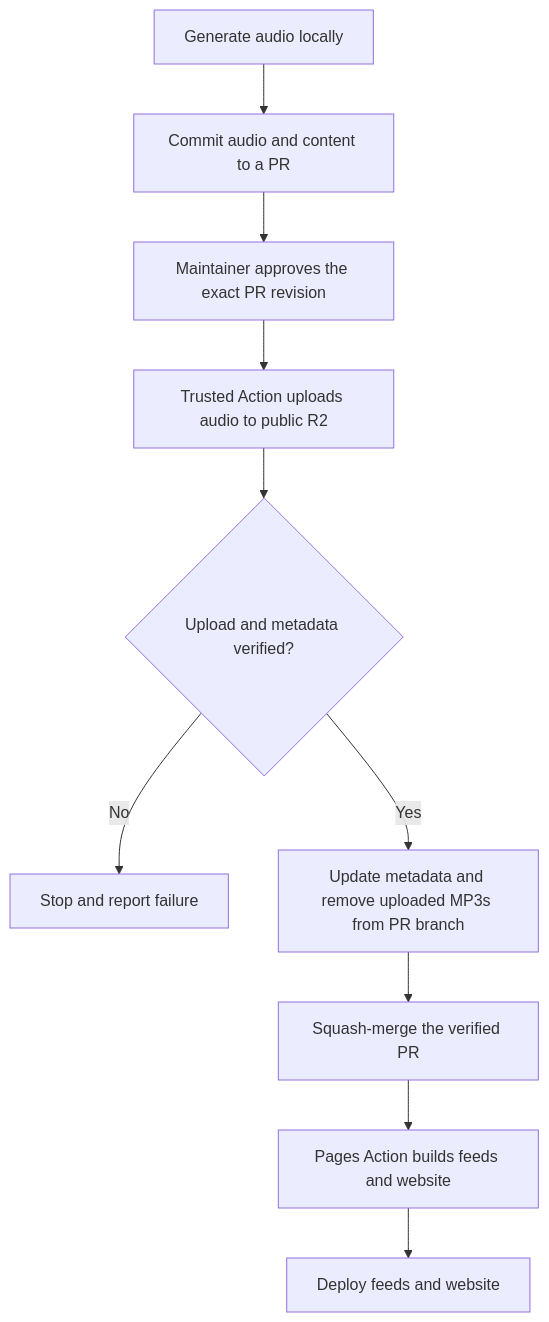
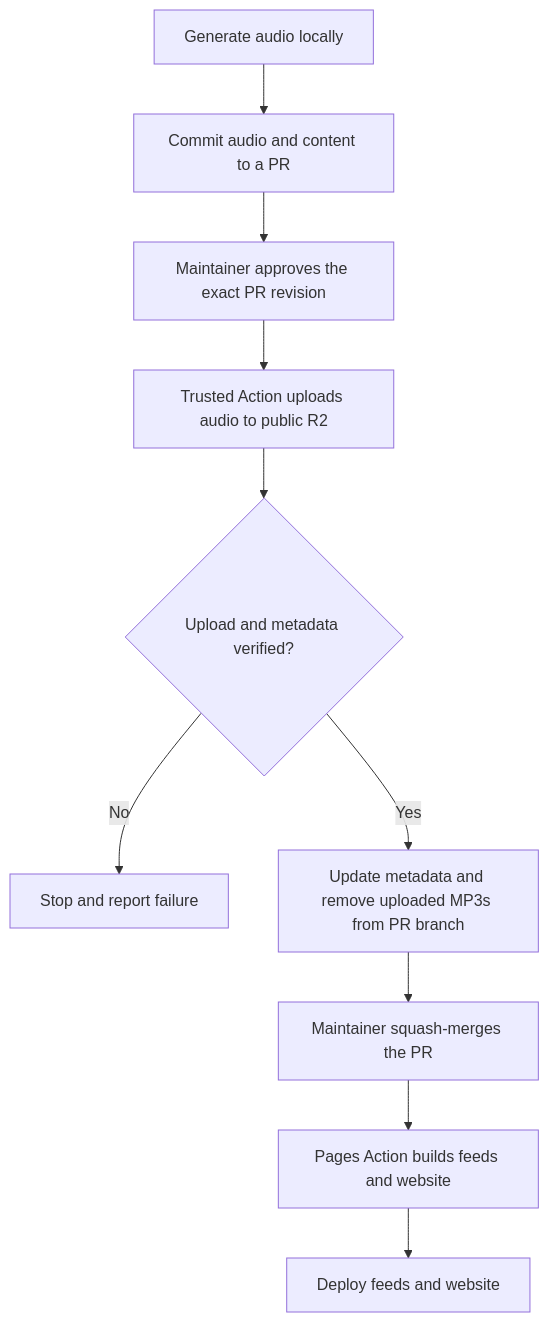
Before and after one commit to trusohamn/repeto: the diagram in docs/deploy.md, drawn with Mermaid. The commit also changed other lines of this file and 1 other file, not shown here.

First line of the commit message:
Let maintainers merge after audio is published

````diff
--- a/docs/deploy.md
+++ b/docs/deploy.md
@@ -8,12 +8,12 @@
 ```mermaid
 flowchart TD
     A["Generate audio locally"] --> B["Commit audio and content to a PR"]
     B --> C["Maintainer approves the exact PR revision"]
     C --> D["Trusted Action uploads audio to public R2"]
     D --> E{"Upload and metadata verified?"}
     E -- No --> F["Stop and report failure"]
     E -- Yes --> G["Update metadata and remove uploaded MP3s from PR branch"]
-    G --> H["Squash-merge the verified PR"]
+    G --> H["Maintainer squash-merges the PR"]
     H --> I["Pages Action builds feeds and website"]
     I --> J["Deploy feeds and website"]
 ```
````
